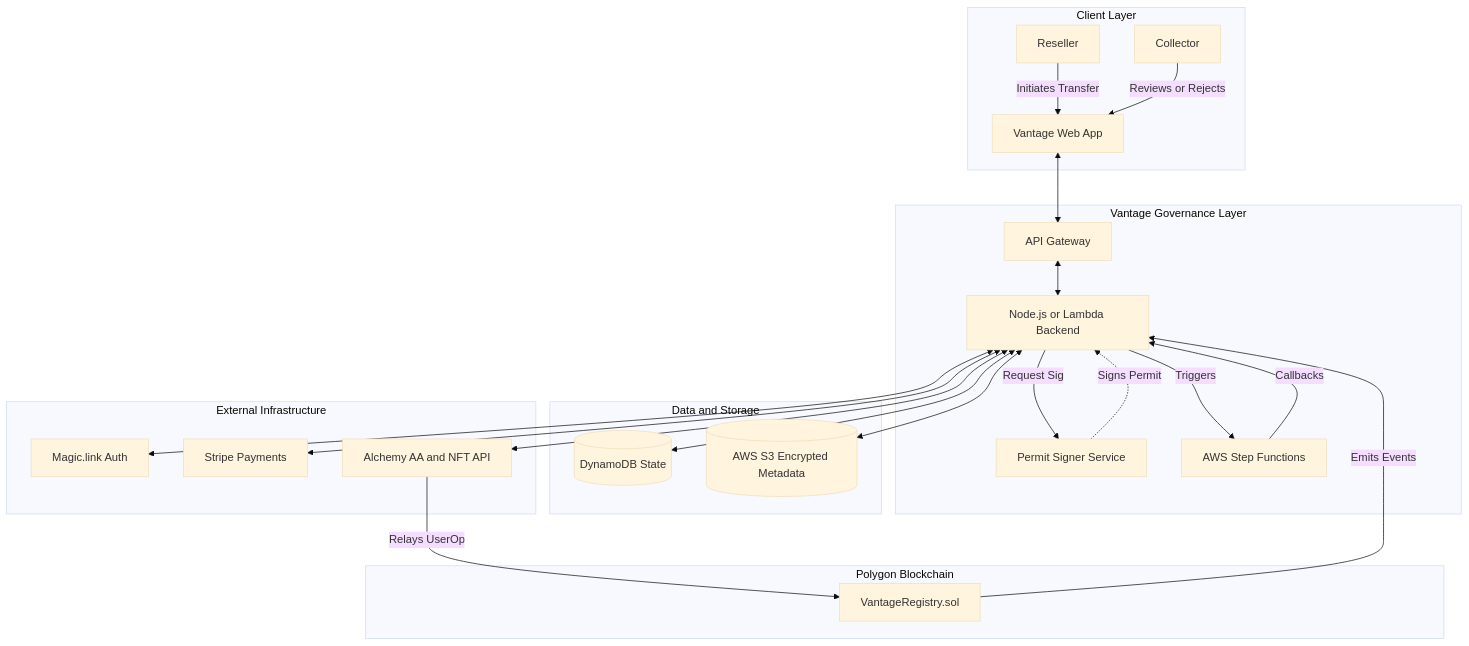
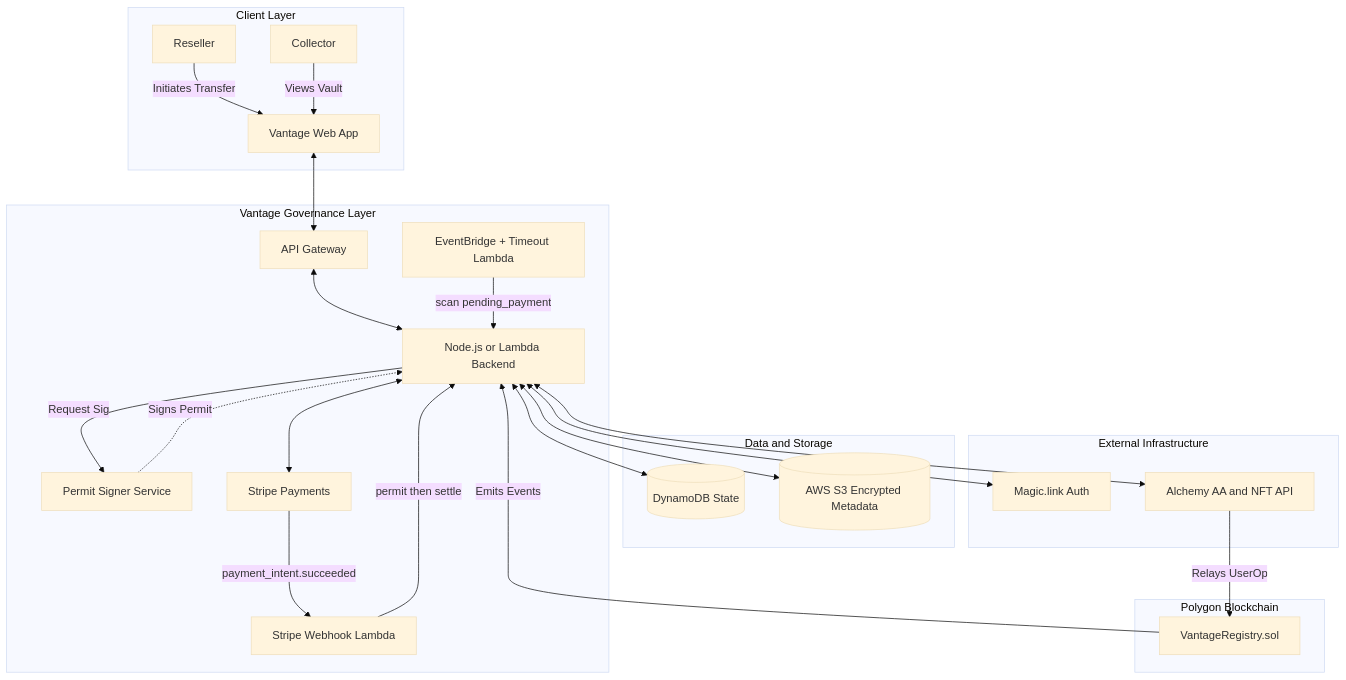
Before and after one commit to ChangoBuitrago/vantage: the first of 7 diagrams in vantage-technical-spec-v2.0.md, drawn with Mermaid (base theme). The commit also changed other lines of this file and 3 other files, not shown here.

````diff
--- a/vantage-technical-spec-v2.0.md
+++ b/vantage-technical-spec-v2.0.md
@@ -56,48 +101,50 @@
 ```mermaid
 graph TD
     subgraph Client_Layer [Client Layer]
         Reseller[Reseller]
         Collector[Collector]
         App[Vantage Web App]
         Reseller -->|Initiates Transfer| App
-        Collector -->|Reviews or Rejects| App
+        Collector -->|Views Vault| App
     end
 
     subgraph Governance_Layer [Vantage Governance Layer]
         API[API Gateway]
         Backend[Node.js or Lambda Backend]
         PermitSigner[Permit Signer Service]
-        SF[AWS Step Functions]
+        Webhook[Stripe Webhook Lambda]
+        Timeout[EventBridge + Timeout Lambda]
         
         App <--> API
         API <--> Backend
-        Backend -->|Triggers| SF
         Backend -->|Request Sig| PermitSigner
-        SF -->|Callbacks| Backend
+        Stripe -->|payment_intent.succeeded| Webhook
+        Webhook -->|permit then settle| Backend
+        Timeout -->|scan pending_payment| Backend
     end
 
     subgraph Data_Layer [Data and Storage]
         DynamoDB[(DynamoDB State)]
         S3[(AWS S3 Encrypted Metadata)]
         Backend <--> DynamoDB
         Backend <--> S3
     end
 
     subgraph External_Services [External Infrastructure]
         Magic[Magic.link Auth]
         Stripe[Stripe Payments]
         Alchemy[Alchemy AA and NFT API]
         
         Backend <--> Magic
         Backend <--> Stripe
         Backend <--> Alchemy
     end
 
     subgraph On_Chain [Polygon Blockchain]
         Contract[VantageRegistry.sol]
         
         PermitSigner -.->|Signs Permit| Backend
         Alchemy -->|Relays UserOp| Contract
         Contract -->|Emits Events| Backend
     end
 ```
````
